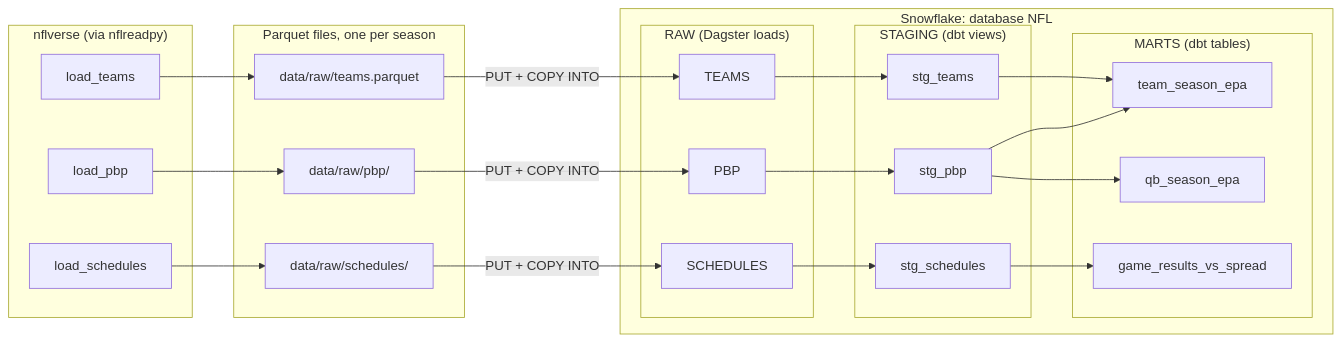
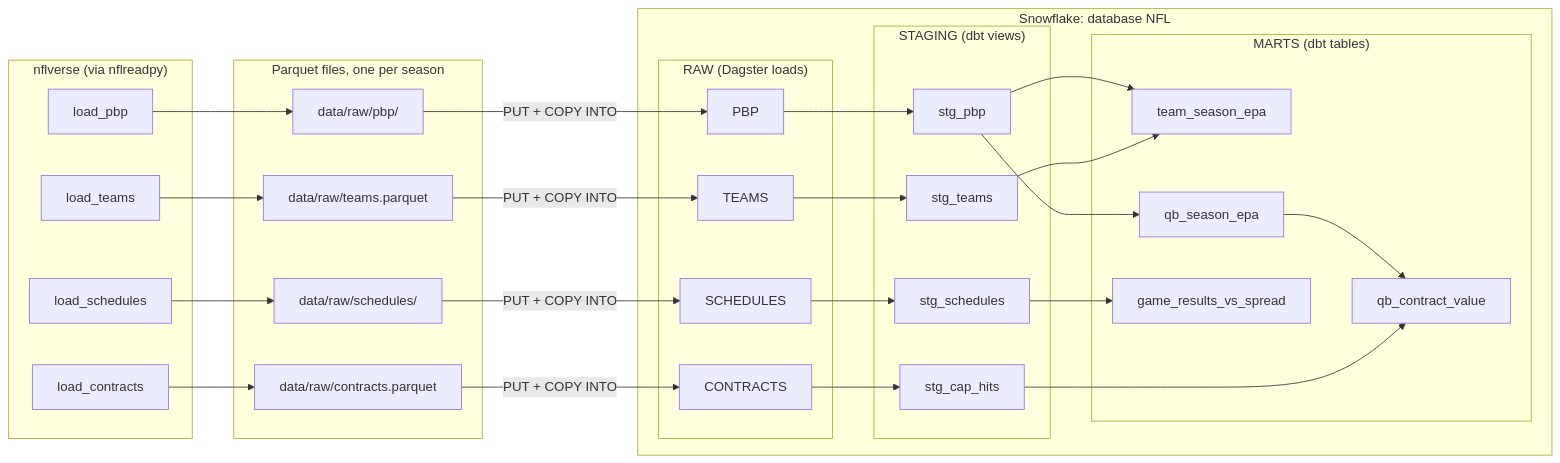
One commit to JL037/nfl-dagster changed the diagram in README.md. Above: the diagram before and after it, drawn with Mermaid. The commit also changed other lines of this file and 4 other files, not shown here.

First line of the commit message:
Chart and README for qb_contract_value: who was worth the money in 2025

````diff
--- a/README.md
+++ b/README.md
@@ -80,43 +81,52 @@
 ```mermaid
 flowchart LR
     subgraph nflverse["nflverse (via nflreadpy)"]
         A1[load_pbp]
         A2[load_schedules]
         A3[load_teams]
+        A4[load_contracts]
     end
 
     subgraph lake["Parquet files, one per season"]
         P1[data/raw/pbp/]
         P2[data/raw/schedules/]
         P3[data/raw/teams.parquet]
+        P4[data/raw/contracts.parquet]
     end
 
     subgraph sf["Snowflake: database NFL"]
         subgraph raw["RAW (Dagster loads)"]
             B1[PBP]
             B2[SCHEDULES]
             B3[TEAMS]
+            B4[CONTRACTS]
         end
         subgraph staging["STAGING (dbt views)"]
             C1[stg_pbp]
             C2[stg_schedules]
             C3[stg_teams]
+            C4[stg_cap_hits]
         end
         subgraph marts["MARTS (dbt tables)"]
             D1[team_season_epa]
             D2[qb_season_epa]
             D3[game_results_vs_spread]
+            D4[qb_contract_value]
         end
     end
 
     A1 --> P1 -->|PUT + COPY INTO| B1
     A2 --> P2 -->|PUT + COPY INTO| B2
     A3 --> P3 -->|PUT + COPY INTO| B3
+    A4 --> P4 -->|PUT + COPY INTO| B4
     B1 --> C1
     B2 --> C2
     B3 --> C3
     C1 --> D1
     C3 --> D1
     C1 --> D2
     C2 --> D3
+    B4 --> C4
+    D2 --> D4
+    C4 --> D4
 ```
````
